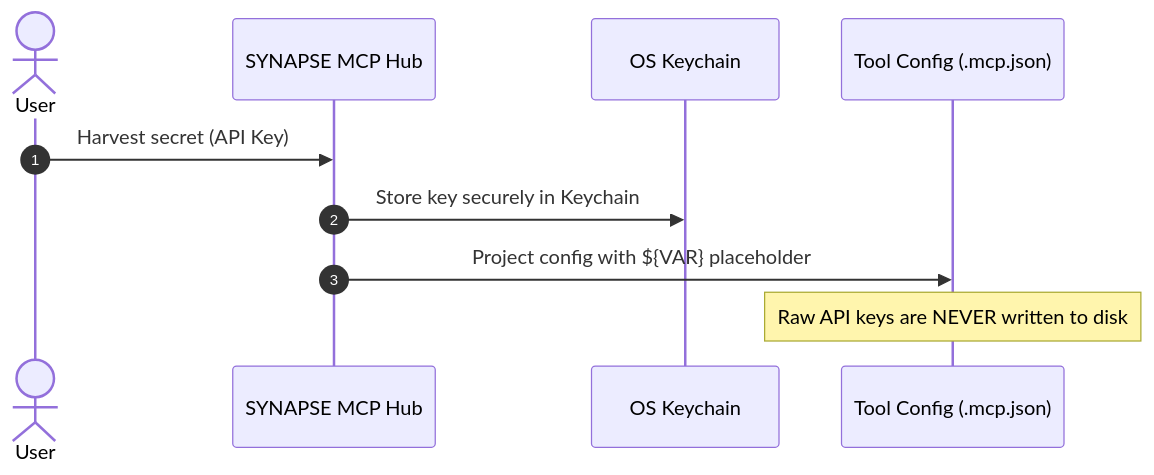
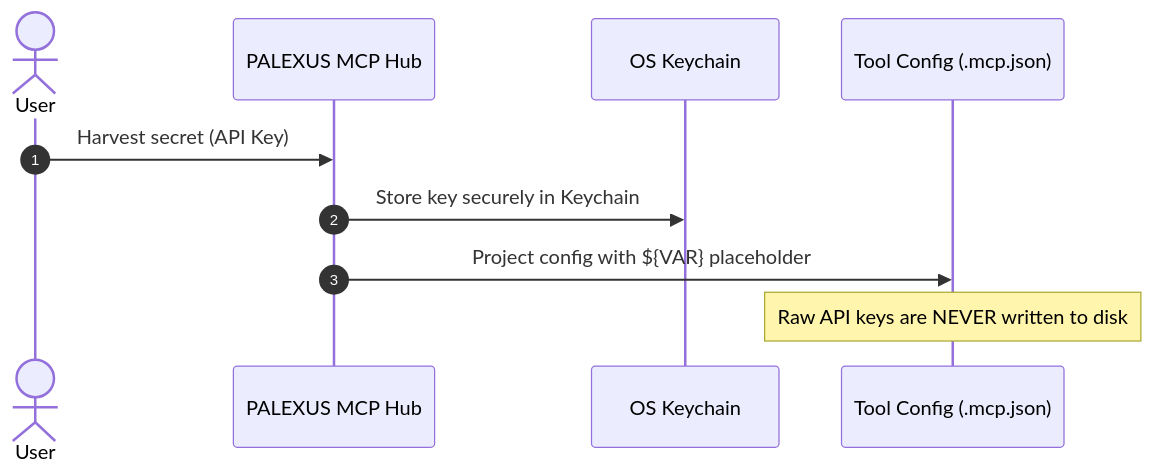
One commit to earnerbaymalay/palexus-brain changed the third of 4 diagrams in docs/USER_GUIDE.md. Above: the diagram before and after it, drawn with Mermaid. The commit also changed other lines of this file and 171 other files, not shown here.

First line of the commit message:
feat!: rename Synapse to Palexus Brain

````diff
--- a/docs/USER_GUIDE.md
+++ b/docs/USER_GUIDE.md
@@ -280,13 +280,13 @@
 ```mermaid
 sequenceDiagram
     autonumber
     actor User
-    participant CLI as SYNAPSE MCP Hub
+    participant CLI as PALEXUS MCP Hub
     participant KC as OS Keychain
     participant Config as Tool Config (.mcp.json)
 
     User->>CLI: Harvest secret (API Key)
     CLI->>KC: Store key securely in Keychain
     CLI->>Config: Project config with ${VAR} placeholder
     Note over Config: Raw API keys are NEVER written to disk
 ```
````
